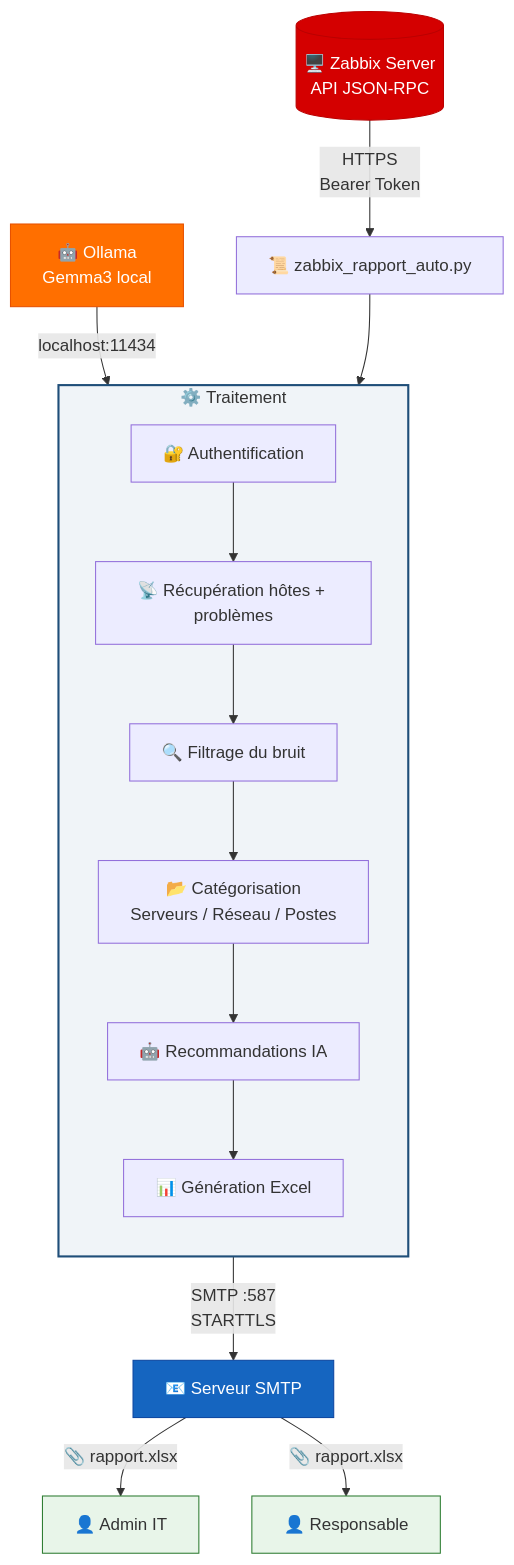
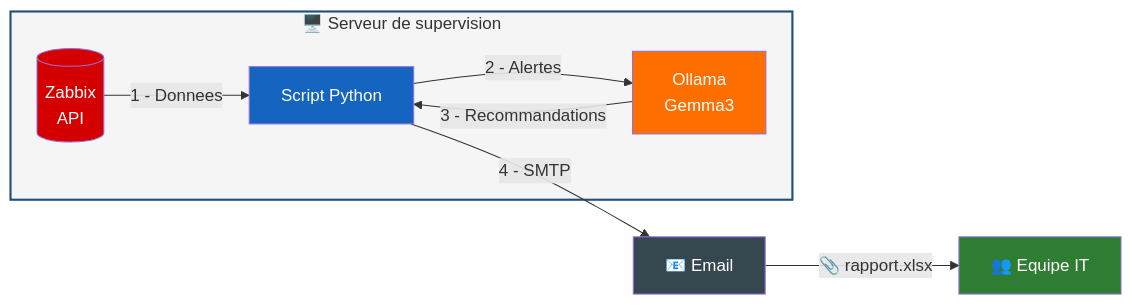
Before and after one commit to Yukouf/Rapport-Zabbix-Mail: the diagram in README.md, drawn with Mermaid. The commit also changed other lines of this file, not shown here.

Commit message:
docs: schema architecture simplifie et lisible

````diff
--- a/README.md
+++ b/README.md
@@ -194,35 +194,21 @@
 ```mermaid
-flowchart TD
-    Z[(🖥️ Zabbix Server\nAPI JSON-RPC)]
-    O[🤖 Ollama\nGemma3 local]
-    S[📜 zabbix_rapport_auto.py]
-    M[📧 Serveur SMTP]
-    U1[👤 Admin IT]
-    U2[👤 Responsable]
-
-    Z -->|HTTPS\nBearer Token| S
-
-    subgraph Script ["⚙️ Traitement"]
-        direction TB
-        S1[🔐 Authentification]
-        S2[📡 Récupération hôtes + problèmes]
-        S3[🔍 Filtrage du bruit]
-        S4[📂 Catégorisation\nServeurs / Réseau / Postes]
-        S5[🤖 Recommandations IA]
-        S6[📊 Génération Excel]
-        S1 --> S2 --> S3 --> S4 --> S5 --> S6
+flowchart LR
+    subgraph Serveur ["🖥️ Serveur de supervision"]
+        Z[(Zabbix\nAPI)]
+        O[Ollama\nGemma3]
+        S[Script Python]
+        Z -->|1 - Donnees| S
+        O -->|3 - Recommandations| S
+        S -->|2 - Alertes| O
     end
 
-    S --> Script
-    O -->|localhost:11434| S5
-    Script -->|SMTP :587\nSTARTTLS| M
-    M -->|📎 rapport.xlsx| U1
-    M -->|📎 rapport.xlsx| U2
+    S -->|4 - SMTP| M[📧 Email]
+    M -->|📎 rapport.xlsx| U[👥 Equipe IT]
 
-    style Z fill:#d40000,color:#fff,stroke:#b00
-    style O fill:#ff6f00,color:#fff,stroke:#e65100
-    style Script fill:#f0f4f8,stroke:#1f4e79,stroke-width:2px
-    style M fill:#1565c0,color:#fff,stroke:#0d47a1
-    style U1 fill:#e8f5e9,stroke:#2e7d32
-    style U2 fill:#e8f5e9,stroke:#2e7d32
+    style Z fill:#d40000,color:#fff
+    style O fill:#ff6f00,color:#fff
+    style S fill:#1565c0,color:#fff
+    style M fill:#37474f,color:#fff
+    style U fill:#2e7d32,color:#fff
+    style Serveur fill:#f5f5f5,stroke:#1f4e79,stroke-width:2px
 ```
````
